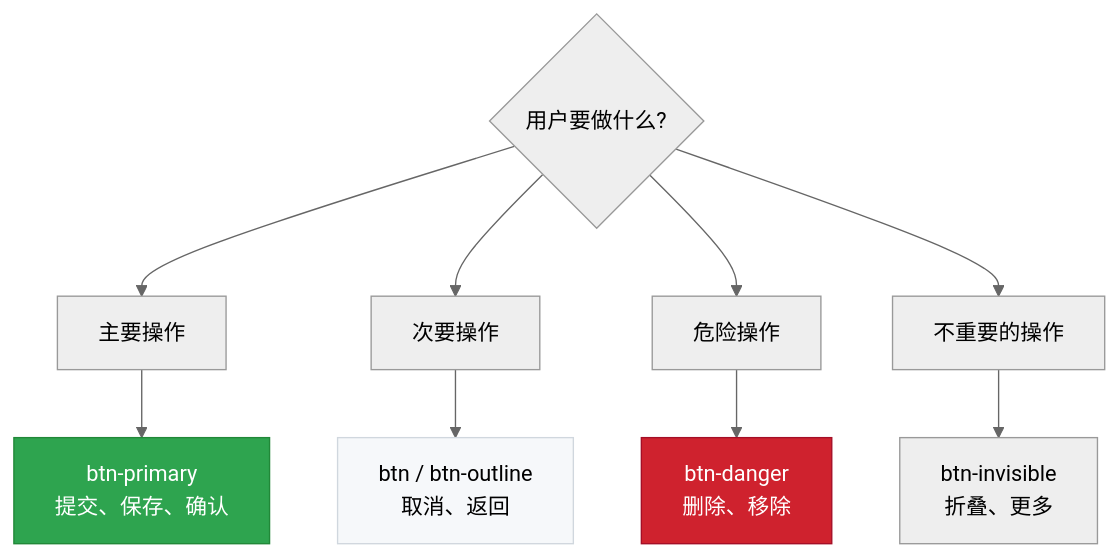
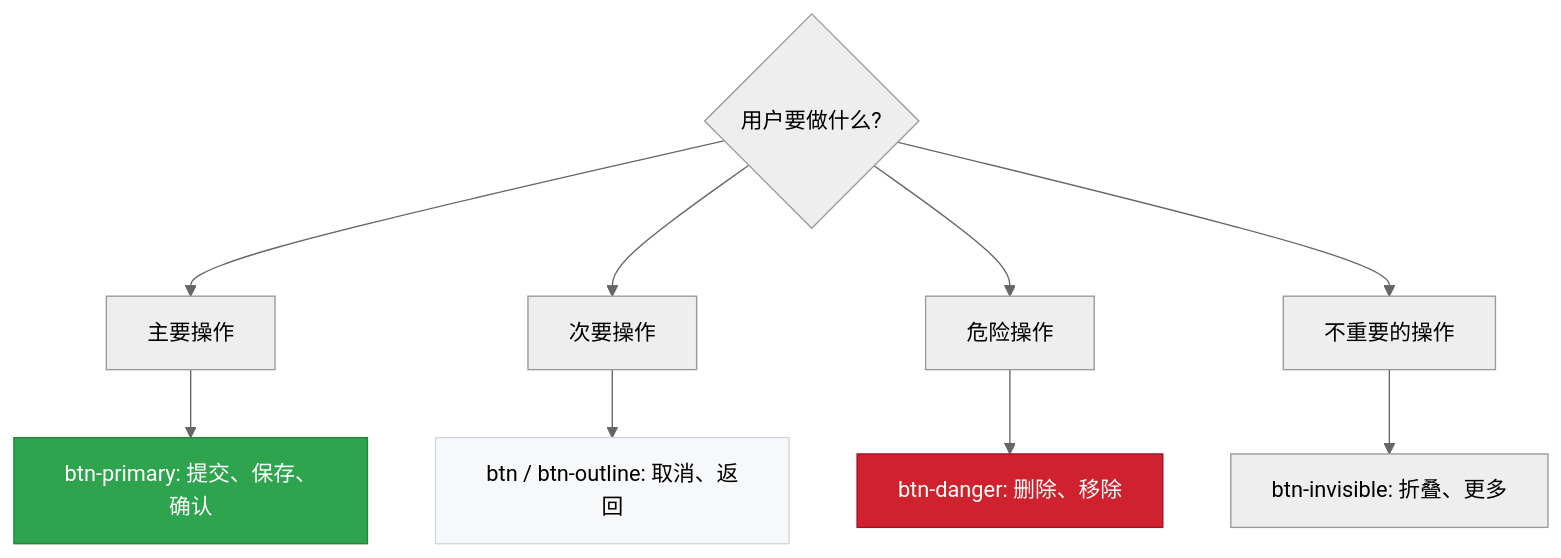
Before and after one commit to Cleam/primer-css: the first of 3 diagrams in learn/08-components.md, drawn with Mermaid (neutral theme). The commit also changed 10 other files, not shown here.

First line of the commit message:
Fix mermaid diagram syntax for GitHub rendering compatibility

````diff
--- a/learn/08-components.md
+++ b/learn/08-components.md
@@ -47,16 +47,16 @@
 ```mermaid
 graph TB
-    A{用户要做什么?} --> B[主要操作]
-    A --> C[次要操作]
-    A --> D[危险操作]
-    A --> E[不重要的操作]
+    A{"用户要做什么?"} --> B["主要操作"]
+    A --> C["次要操作"]
+    A --> D["危险操作"]
+    A --> E["不重要的操作"]
 
-    B --> B1["btn-primary<br/>提交、保存、确认"]
-    C --> C1["btn / btn-outline<br/>取消、返回"]
-    D --> D1["btn-danger<br/>删除、移除"]
-    E --> E1["btn-invisible<br/>折叠、更多"]
+    B --> B1["btn-primary: 提交、保存、确认"]
+    C --> C1["btn / btn-outline: 取消、返回"]
+    D --> D1["btn-danger: 删除、移除"]
+    E --> E1["btn-invisible: 折叠、更多"]
 
     style B1 fill:#2ea44f,stroke:#218838,color:#fff
     style C1 fill:#f6f8fa,stroke:#d0d7de
     style D1 fill:#cf222e,stroke:#a40e26,color:#fff
 ```
````
